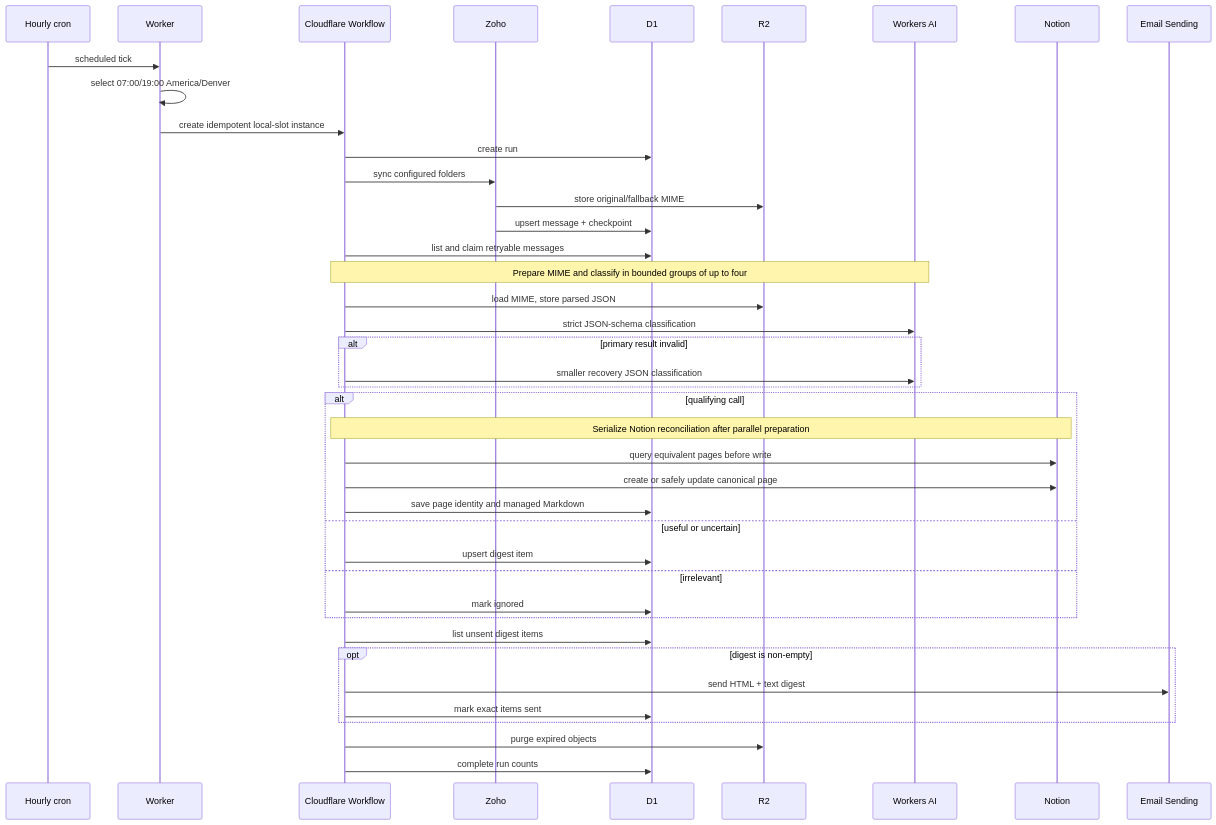
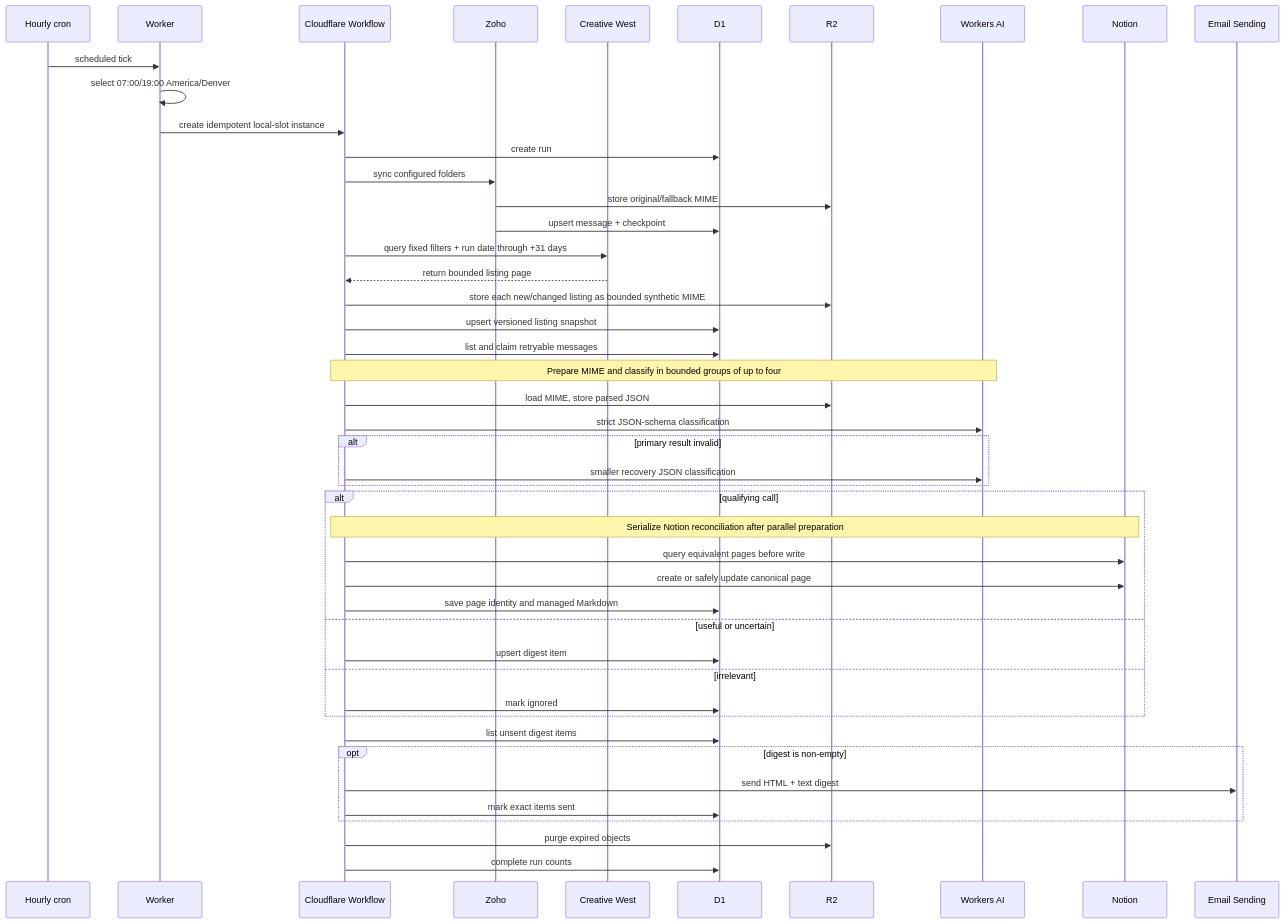
Before and after one commit to aindaco1/dust-wave-opportunity-radar: the diagram in docs/ARCHITECTURE.md, drawn with Mermaid. The commit also changed other lines of this file and 34 other files, not shown here.

Commit message:
Add Creative West opportunity ingestion

````diff
--- a/docs/ARCHITECTURE.md
+++ b/docs/ARCHITECTURE.md
@@ -23,44 +24,49 @@
 ```mermaid
 sequenceDiagram
   participant Cron as Hourly cron
   participant Worker
   participant Flow as Cloudflare Workflow
   participant Zoho
+  participant CW as Creative West
   participant D1
   participant R2
   participant AI as Workers AI
   participant Notion
   participant Email as Email Sending
 
   Cron->>Worker: scheduled tick
   Worker->>Worker: select 07:00/19:00 America/Denver
   Worker->>Flow: create idempotent local-slot instance
   Flow->>D1: create run
   Flow->>Zoho: sync configured folders
   Zoho->>R2: store original/fallback MIME
   Zoho->>D1: upsert message + checkpoint
+  Flow->>CW: query fixed filters + run date through +31 days
+  CW-->>Flow: return bounded listing page
+  Flow->>R2: store each new/changed listing as bounded synthetic MIME
+  Flow->>D1: upsert versioned listing snapshot
   Flow->>D1: list and claim retryable messages
   Note over Flow,AI: Prepare MIME and classify in bounded groups of up to four
   Flow->>R2: load MIME, store parsed JSON
   Flow->>AI: strict JSON-schema classification
   alt primary result invalid
     Flow->>AI: smaller recovery JSON classification
   end
   alt qualifying call
     Note over Flow,Notion: Serialize Notion reconciliation after parallel preparation
     Flow->>Notion: query equivalent pages before write
     Flow->>Notion: create or safely update canonical page
     Flow->>D1: save page identity and managed Markdown
   else useful or uncertain
     Flow->>D1: upsert digest item
   else irrelevant
     Flow->>D1: mark ignored
   end
   Flow->>D1: list unsent digest items
   opt digest is non-empty
     Flow->>Email: send HTML + text digest
     Flow->>D1: mark exact items sent
   end
   Flow->>R2: purge expired objects
   Flow->>D1: complete run counts
 ```
````
